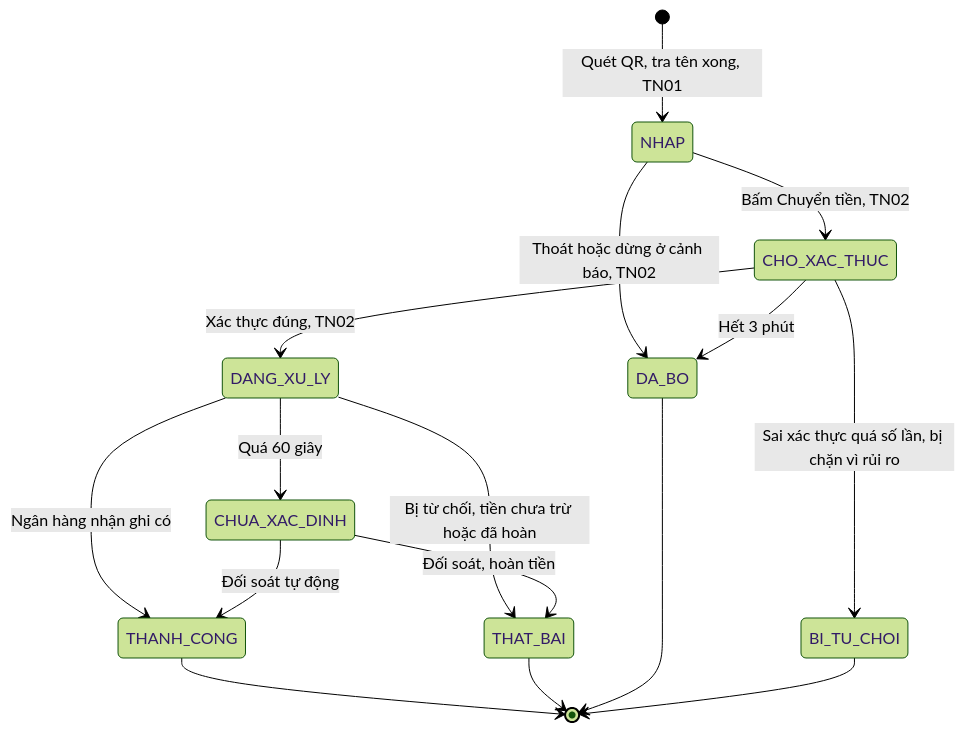
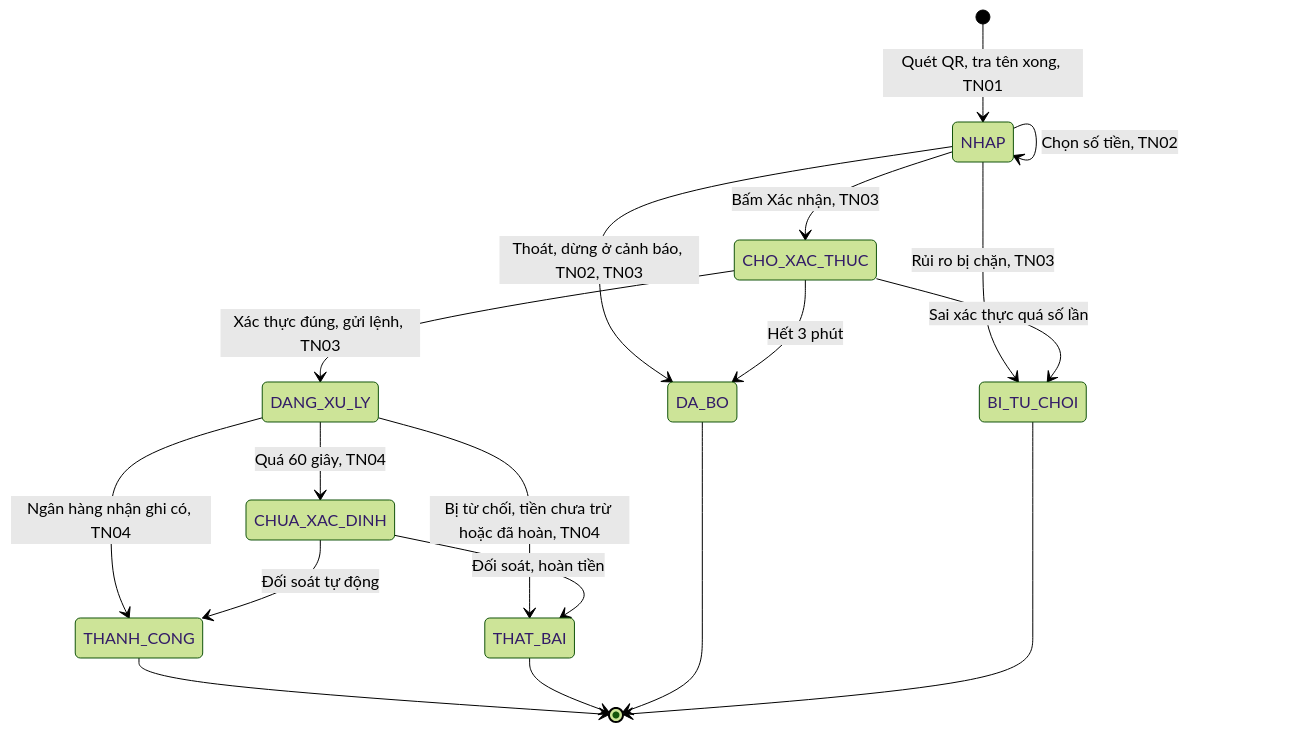
Before and after one commit to uxfoundation-vn/de04-chuyen-khoan-qr: the second of 3 diagrams in README.md, drawn with Mermaid (forest theme). The commit also changed other lines of this file and 14 other files, not shown here.

````diff
--- a/README.md
+++ b/README.md
@@ -20,18 +33,20 @@
 ```mermaid
 stateDiagram-v2
   [*] --> NHAP : Quét QR, tra tên xong, TN01
-  NHAP --> CHO_XAC_THUC : Bấm Chuyển tiền, TN02
-  NHAP --> DA_BO : Thoát hoặc dừng ở cảnh báo, TN02
-  CHO_XAC_THUC --> DANG_XU_LY : Xác thực đúng, TN02
+  NHAP --> NHAP : Chọn số tiền, TN02
+  NHAP --> DA_BO : Thoát, dừng ở cảnh báo, TN02, TN03
+  NHAP --> BI_TU_CHOI : Rủi ro bị chặn, TN03
+  NHAP --> CHO_XAC_THUC : Bấm Xác nhận, TN03
   CHO_XAC_THUC --> DA_BO : Hết 3 phút
-  CHO_XAC_THUC --> BI_TU_CHOI : Sai xác thực quá số lần, bị chặn vì rủi ro
-  DANG_XU_LY --> THANH_CONG : Ngân hàng nhận ghi có
-  DANG_XU_LY --> THAT_BAI : Bị từ chối, tiền chưa trừ hoặc đã hoàn
-  DANG_XU_LY --> CHUA_XAC_DINH : Quá 60 giây
+  CHO_XAC_THUC --> BI_TU_CHOI : Sai xác thực quá số lần
+  CHO_XAC_THUC --> DANG_XU_LY : Xác thực đúng, gửi lệnh, TN03
+  DANG_XU_LY --> THANH_CONG : Ngân hàng nhận ghi có, TN04
+  DANG_XU_LY --> THAT_BAI : Bị từ chối, tiền chưa trừ hoặc đã hoàn, TN04
+  DANG_XU_LY --> CHUA_XAC_DINH : Quá 60 giây, TN04
   CHUA_XAC_DINH --> THANH_CONG : Đối soát tự động
   CHUA_XAC_DINH --> THAT_BAI : Đối soát, hoàn tiền
   THANH_CONG --> [*]
   THAT_BAI --> [*]
   DA_BO --> [*]
   BI_TU_CHOI --> [*]
 ```
````
